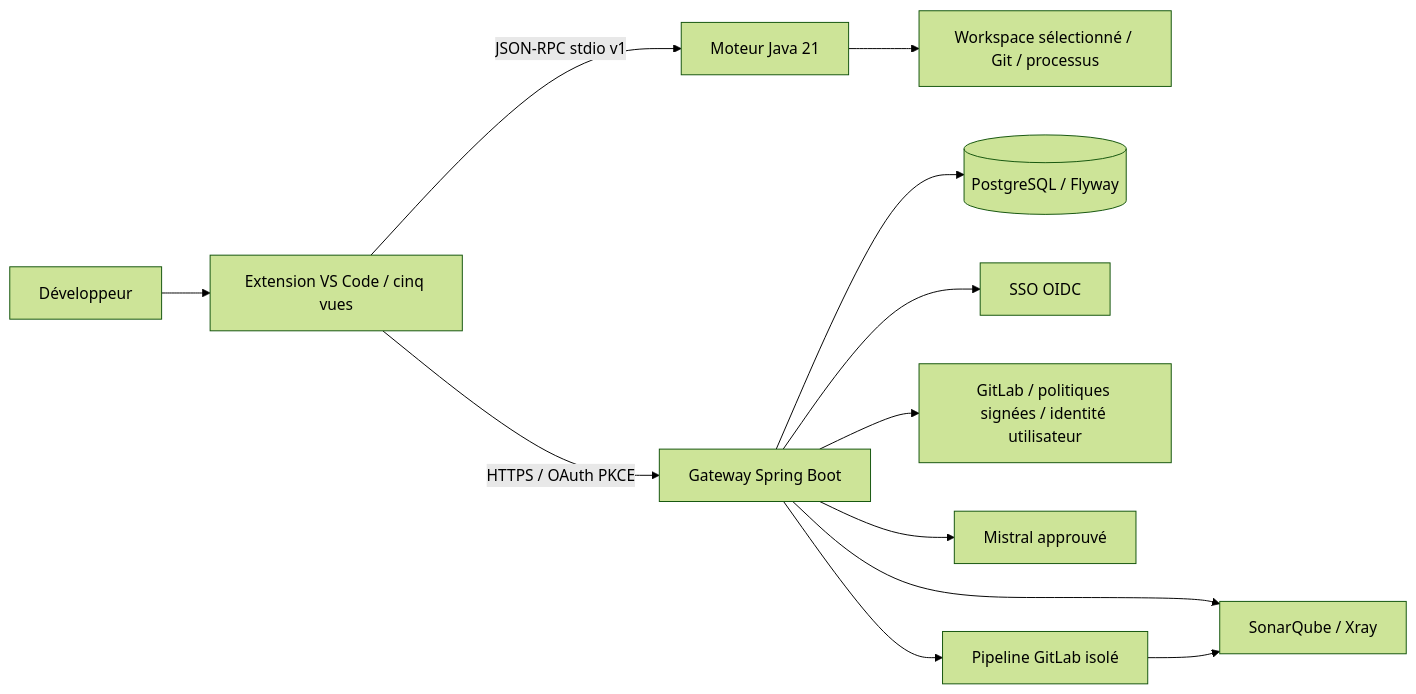
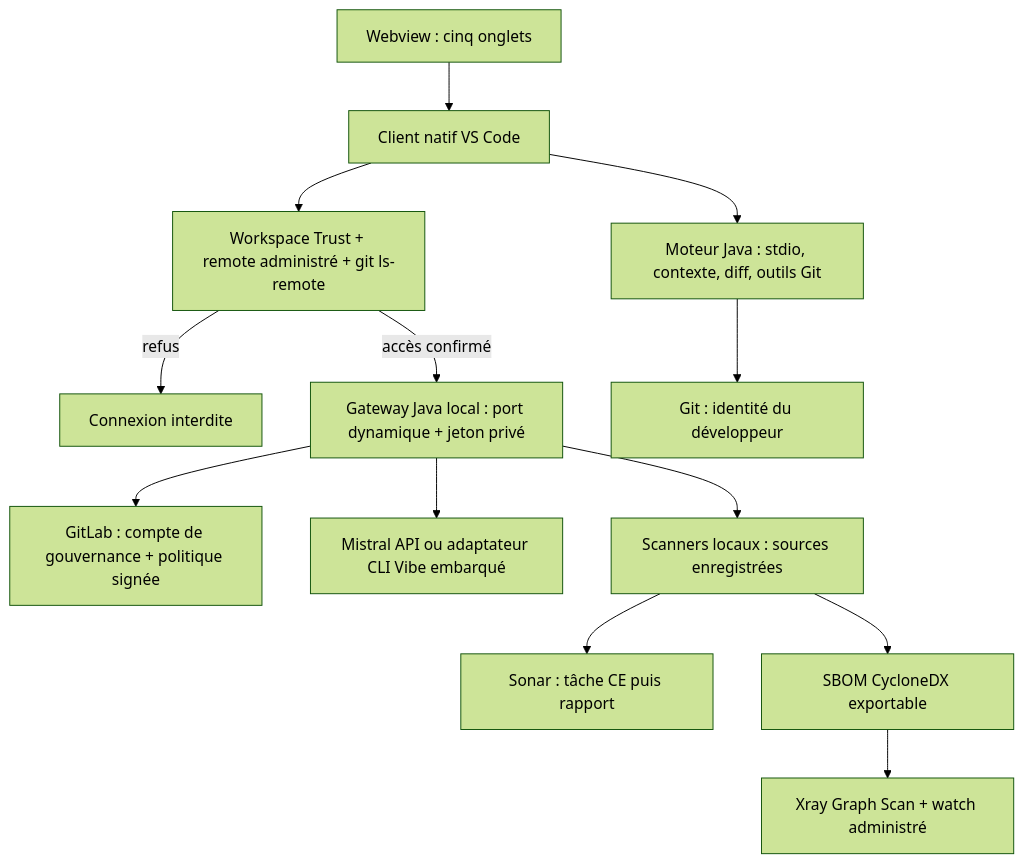
One commit to hbhassen/dev-ai-organisation changed the diagram in docs/ARCHITECTURE.md. Above: the diagram before and after it, drawn with Mermaid (forest theme). The commit also changed other lines of this file and 106 other files, not shown here.

Commit message:
feat: add Git-gated managed gateway and local analysis without SSO

````diff
--- a/docs/ARCHITECTURE.md
+++ b/docs/ARCHITECTURE.md
@@ -5,14 +3,15 @@
 ```mermaid
-flowchart LR
-  D[Développeur] --> E[Extension VS Code / cinq vues]
-  E -->|JSON-RPC stdio v1| J[Moteur Java 21]
-  J --> W[Workspace sélectionné / Git / processus]
-  E -->|HTTPS / OAuth PKCE| G[Gateway Spring Boot]
-  G --> P[(PostgreSQL / Flyway)]
-  G --> I[SSO OIDC]
-  G --> L[GitLab / politiques signées / identité utilisateur]
-  G --> M[Mistral approuvé]
-  G --> S[SonarQube / Xray]
-  G --> R[Pipeline GitLab isolé]
-  R --> S
+flowchart TD
+  UI[Webview : cinq onglets] --> N[Client natif VS Code]
+  N --> CHECK[Workspace Trust + remote administré + git ls-remote]
+  CHECK -->|refus| STOP[Connexion interdite]
+  CHECK -->|accès confirmé| G[Gateway Java local : port dynamique + jeton privé]
+  N --> E[Moteur Java : stdio, contexte, diff, outils Git]
+  G --> POLICY[GitLab : compte de gouvernance + politique signée]
+  G --> LLM[Mistral API ou adaptateur CLI Vibe embarqué]
+  G --> LOCAL[Scanners locaux : sources enregistrées]
+  LOCAL --> SONAR[Sonar : tâche CE puis rapport]
+  LOCAL --> BOM[SBOM CycloneDX exportable]
+  BOM --> XRAY[Xray Graph Scan + watch administré]
+  E --> USERGIT[Git : identité du développeur]
 ```
````
